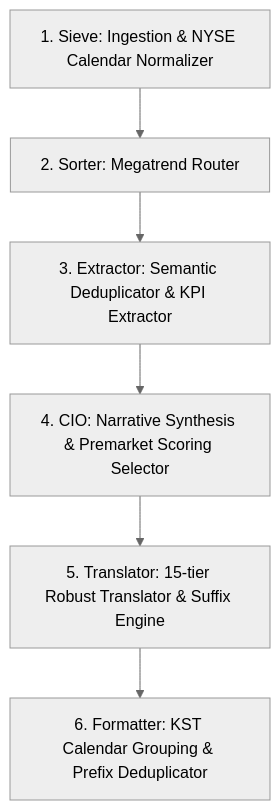
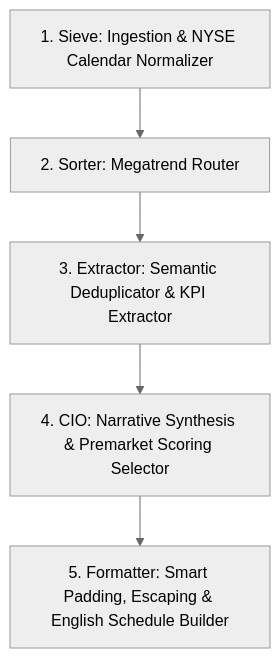
The diagram in README.md (buddy-proiectio/core), drawn with Mermaid (neutral theme) before and after one commit. The commit also changed other lines of this file and 1 other file, not shown here.

Commit message:
docs: update pipeline architecture and streamline dependencies

````diff
--- a/README.md
+++ b/README.md
@@ -11,8 +11,7 @@
 ```mermaid
 graph TD
     sieve[1. Sieve: Ingestion & NYSE Calendar Normalizer] --> sorter[2. Sorter: Megatrend Router]
     sorter --> extractor[3. Extractor: Semantic Deduplicator & KPI Extractor]
     extractor --> cio[4. CIO: Narrative Synthesis & Premarket Scoring Selector]
-    cio --> translator[5. Translator: 15-tier Robust Translator & Suffix Engine]
-    translator --> formatter[6. Formatter: KST Calendar Grouping & Prefix Deduplicator]
+    cio --> formatter[5. Formatter: Smart Padding, Escaping & English Schedule Builder]
 ```
````
